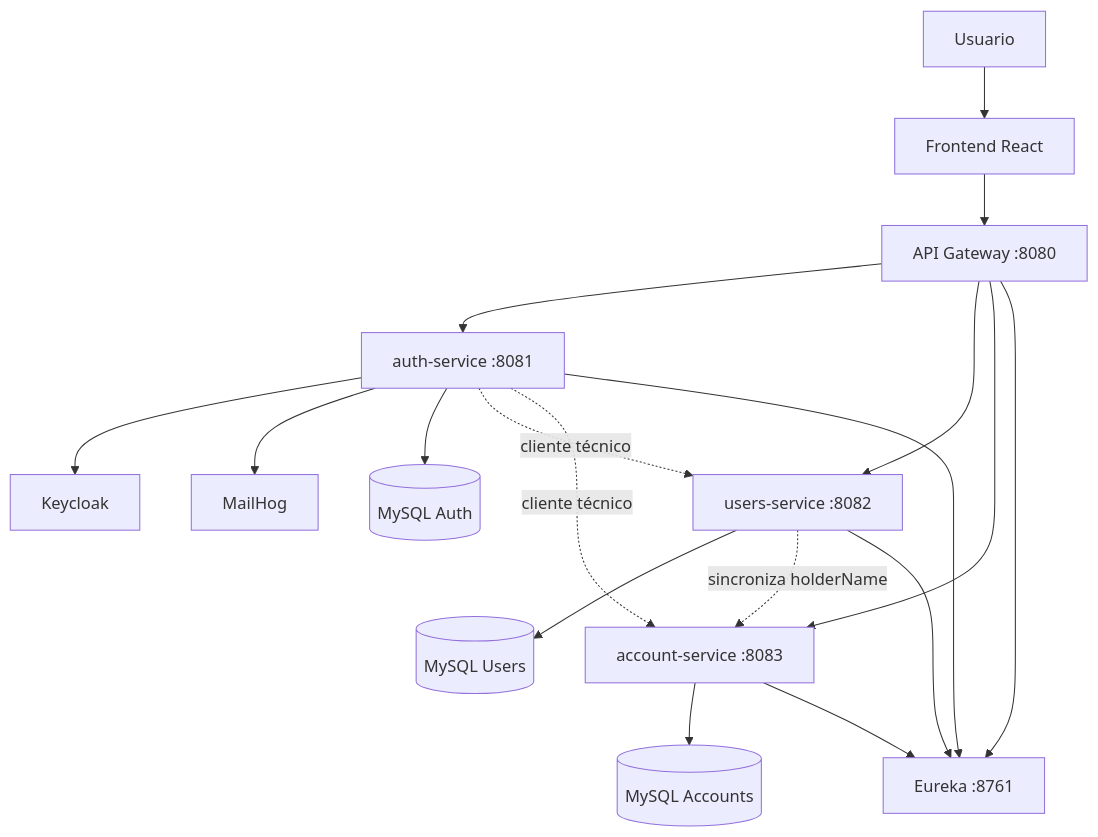
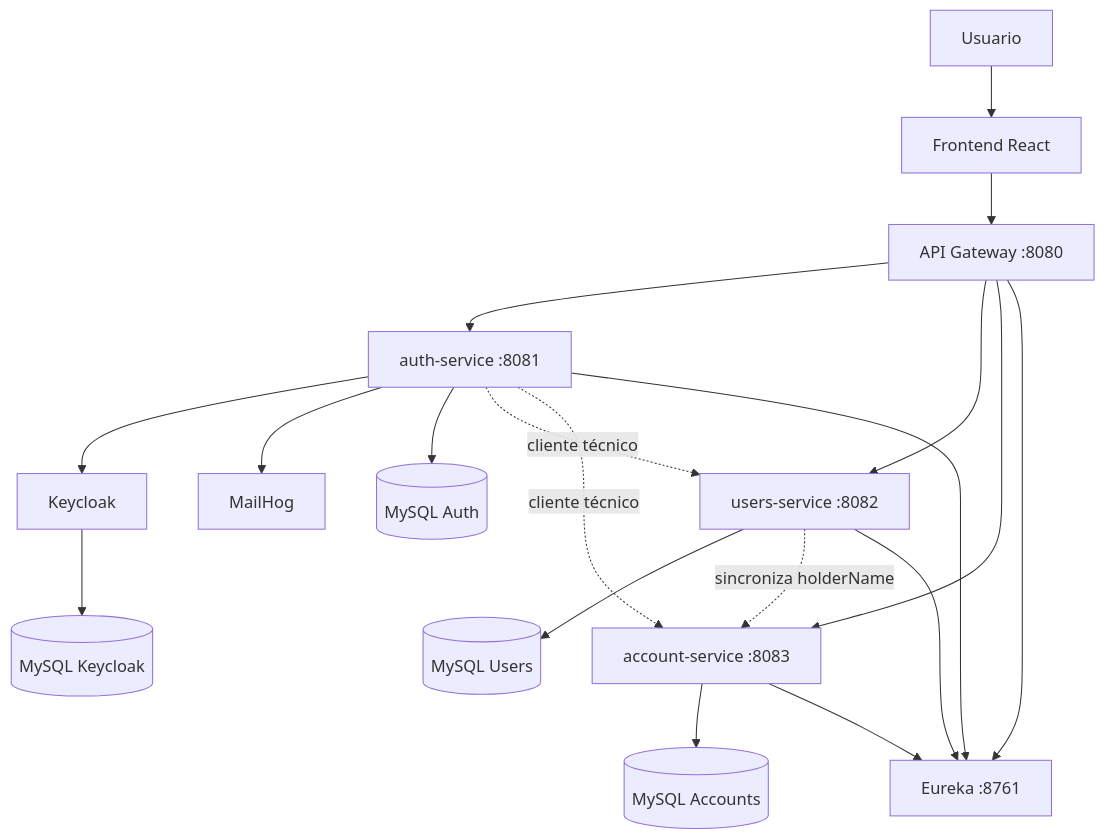
The diagram in docs/infrastructure/architecture.md (DiegoVC96/digital-money-house-backend-DVC), drawn with Mermaid before and after one commit. The commit also changed other lines of this file and 37 other files, not shown here.

````diff
--- a/docs/infrastructure/architecture.md
+++ b/docs/infrastructure/architecture.md
@@ -21,24 +21,25 @@
 ```mermaid
 flowchart TB
     U[Usuario] --> FE[Frontend React]
     FE --> GW[API Gateway :8080]
 
     GW --> AUTH[auth-service :8081]
     GW --> USERS[users-service :8082]
     GW --> ACC[account-service :8083]
 
     AUTH --> KC[Keycloak]
+    KC --> DBKC[(MySQL Keycloak)]
     AUTH --> MAIL[MailHog]
     AUTH --> DBA[(MySQL Auth)]
     USERS --> DBU[(MySQL Users)]
     ACC --> DBACC[(MySQL Accounts)]
 
     AUTH -. cliente técnico .-> USERS
     AUTH -. cliente técnico .-> ACC
     USERS -. sincroniza holderName .-> ACC
 
     AUTH --> E[Eureka :8761]
     USERS --> E
     ACC --> E
     GW --> E
 ```
````
